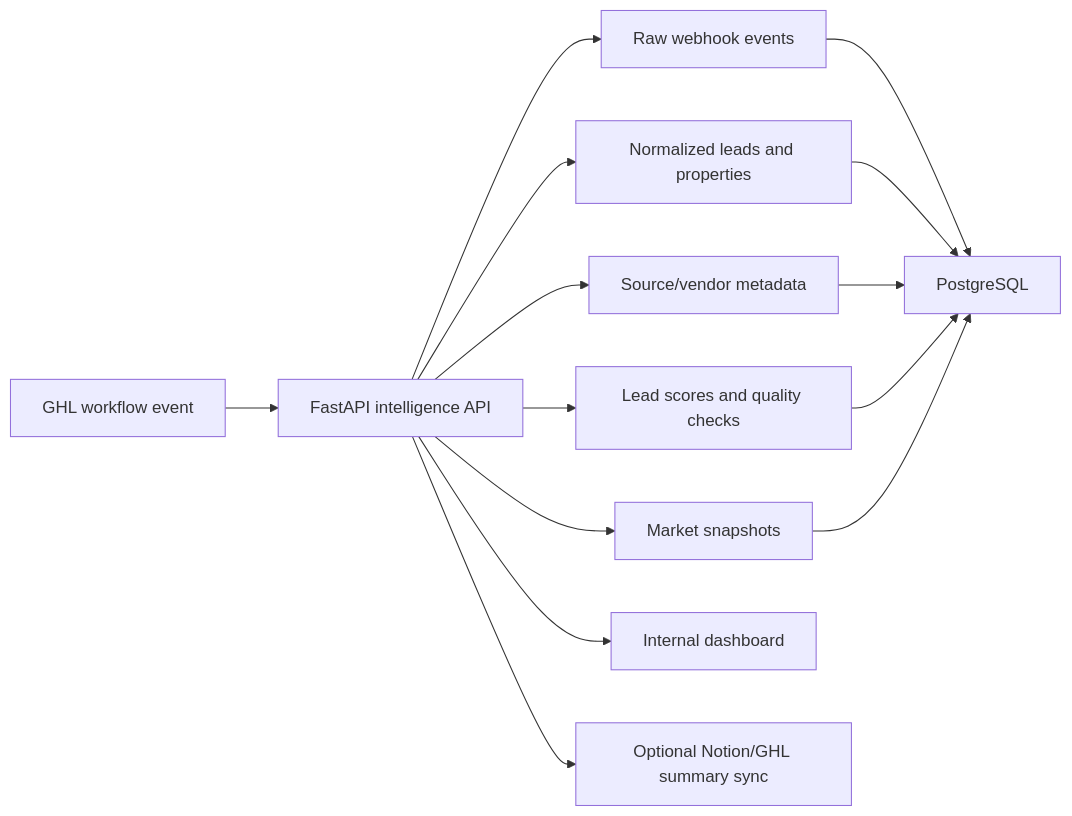
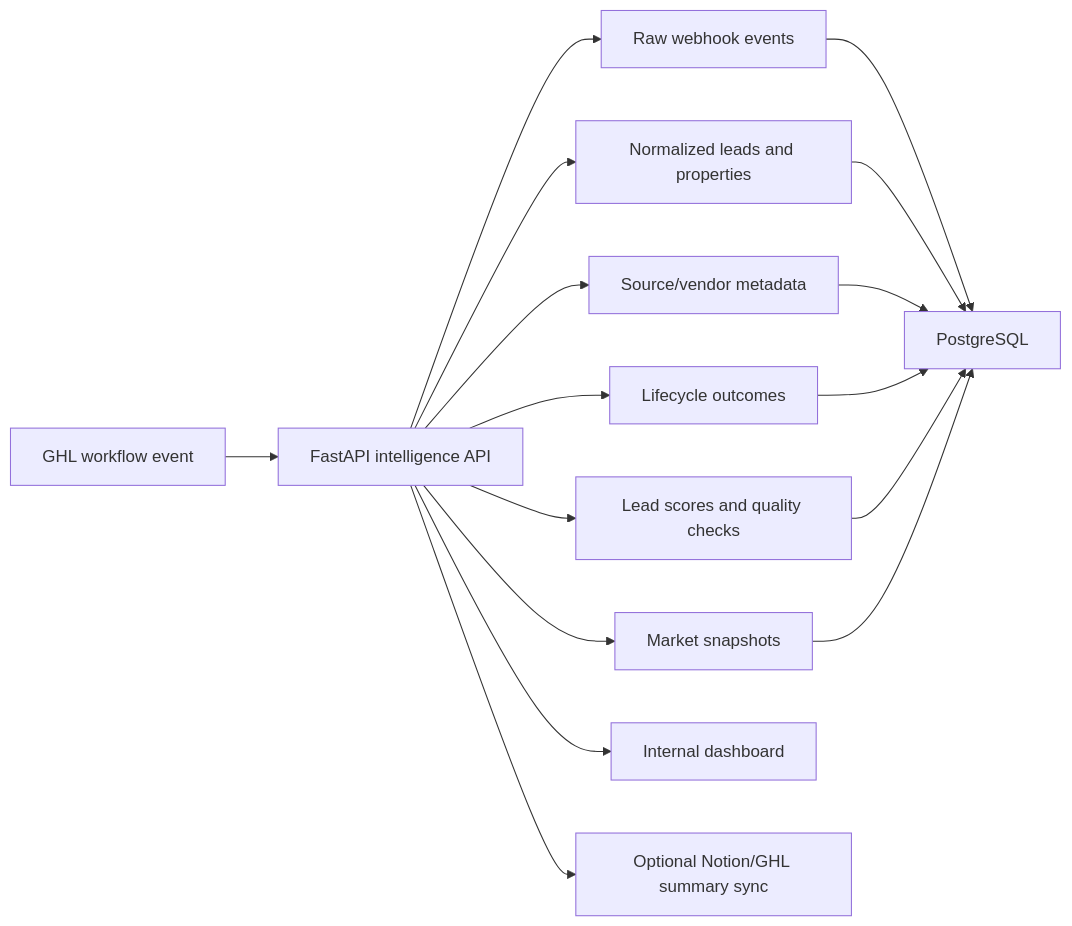
Before and after one commit to manynames3/clearpath-fargate-api: the second of 4 diagrams in docs/architecture.md, drawn with Mermaid. The commit also changed other lines of this file and 19 other files, not shown here.

````diff
--- a/docs/architecture.md
+++ b/docs/architecture.md
@@ -36,16 +36,18 @@
 ```mermaid
 flowchart LR
     ghl["GHL workflow event"] --> api["FastAPI intelligence API"]
     api --> events["Raw webhook events"]
     api --> leads["Normalized leads and properties"]
     api --> sources["Source/vendor metadata"]
+    api --> outcomes["Lifecycle outcomes"]
     api --> scores["Lead scores and quality checks"]
     api --> market["Market snapshots"]
     events --> pg["PostgreSQL"]
     leads --> pg
     sources --> pg
+    outcomes --> pg
     scores --> pg
     market --> pg
     api --> dashboard["Internal dashboard"]
     api --> optional["Optional Notion/GHL summary sync"]
 ```
````
